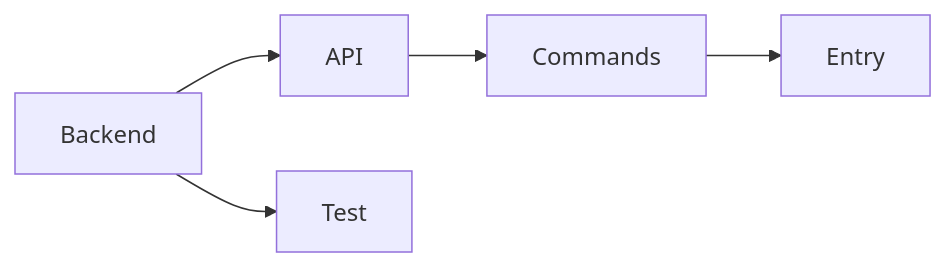
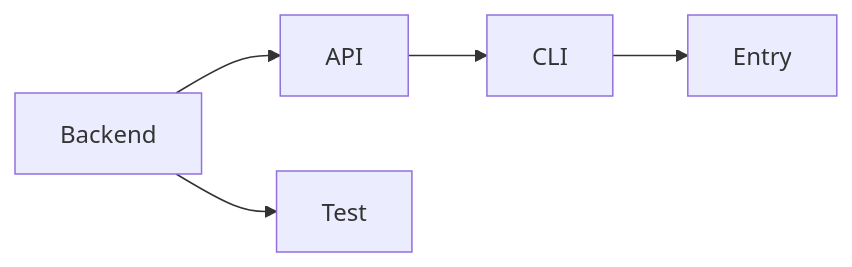
Before and after one commit to Behemyth/Honesty: the diagram in docs/modules/ROOT/pages/modules.adoc, drawn with Mermaid.

```diff
--- a/docs/modules/ROOT/pages/modules.adoc
+++ b/docs/modules/ROOT/pages/modules.adoc
@@ -55,8 +55,8 @@
 [mermaid]
 ....
 flowchart LR
 	Backend --> API
 	Backend --> Test
-	API --> Commands
-	Commands --> Entry
+	API --> CLI
+	CLI --> Entry
 ....
```
